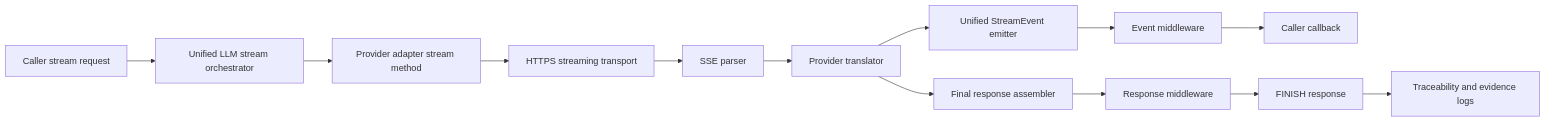
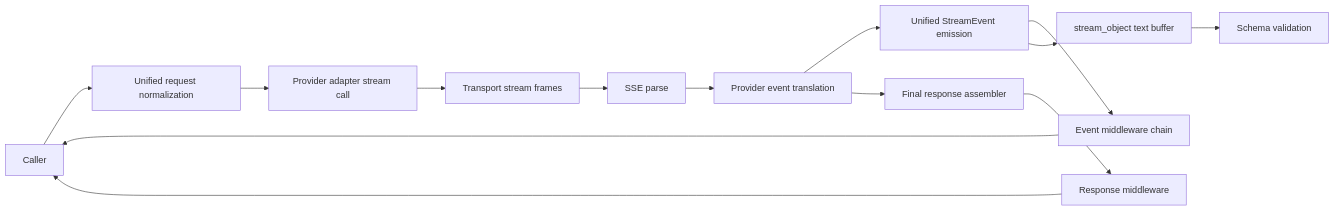
The fourth of 5 diagrams in docs/sprints/SPRINT-005-comprehensive-implementation-plan.md (jaytaylor/attractor-tcl), drawn with Mermaid before and after one commit. The commit also changed other lines of this file, not shown here.

````diff
--- a/docs/sprints/SPRINT-005-comprehensive-implementation-plan.md
+++ b/docs/sprints/SPRINT-005-comprehensive-implementation-plan.md
@@ -937,15 +723,16 @@
 ```mermaid
 flowchart LR
-  A[Caller stream request] --> B[Unified LLM stream orchestrator]
-  B --> C[Provider adapter stream method]
-  C --> D[HTTPS streaming transport]
-  D --> E[SSE parser]
-  E --> F[Provider translator]
-  F --> G[Unified StreamEvent emitter]
-  G --> H[Event middleware]
-  H --> I[Caller callback]
-  F --> J[Final response assembler]
-  J --> K[Response middleware]
-  K --> L[FINISH response]
-  L --> M[Traceability and evidence logs]
+  U[Caller] --> R[Unified request normalization]
+  R --> P[Provider adapter stream call]
+  P --> T[Transport stream frames]
+  T --> S[SSE parse]
+  S --> X[Provider event translation]
+  X --> E[Unified StreamEvent emission]
+  E --> M[Event middleware chain]
+  M --> U
+  X --> A[Final response assembler]
+  A --> Y[Response middleware]
+  Y --> U
+  E --> O[stream_object text buffer]
+  O --> Z[Schema validation]
 ```
````
